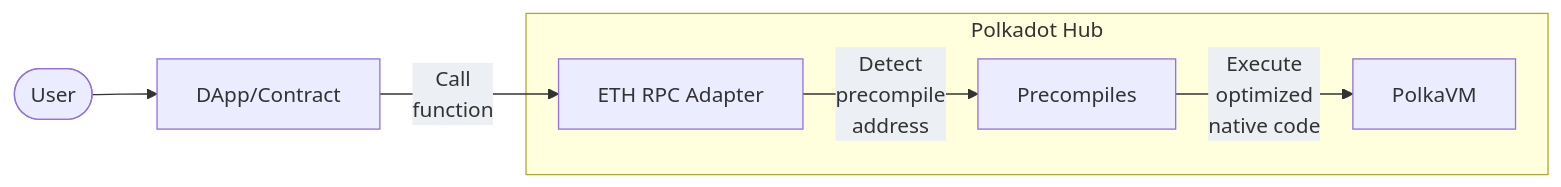
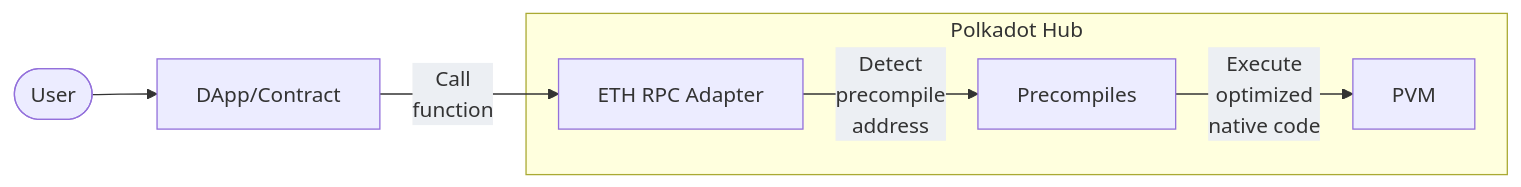
The diagram in .ai/pages/smart-contracts-precompiles.md (polkadot-developers/polkadot-docs), drawn with Mermaid before and after one commit. The commit also changed other lines of this file and 34 other files, not shown here.

First line of the commit message:
Rename PolkaVM to PVM across documentation

````diff
--- a/.ai/pages/smart-contracts-precompiles.md
+++ b/.ai/pages/smart-contracts-precompiles.md
@@ -21,21 +21,21 @@
 ```mermaid
 flowchart LR
     User(["User"])
     dApp["DApp/Contract"]
-    PolkaVM["ETH RPC Adapter"]
+    PVM["ETH RPC Adapter"]
     Precompiles["Precompiles"]
-    Runtime["PolkaVM"]
+    Runtime["PVM"]
 
     User --> dApp
-    dApp -->|"Call<br>function"| PolkaVM
-    PolkaVM -->|"Detect<br>precompile<br>address"| Precompiles
+    dApp -->|"Call<br>function"| PVM
+    PVM -->|"Detect<br>precompile<br>address"| Precompiles
     Precompiles -->|"Execute<br>optimized<br>native code"| Runtime
 
     subgraph "Polkadot Hub"
-        PolkaVM
+        PVM
         Precompiles
         Runtime
     end
 
     classDef edgeLabel background:#eceff3;
 ```
````
